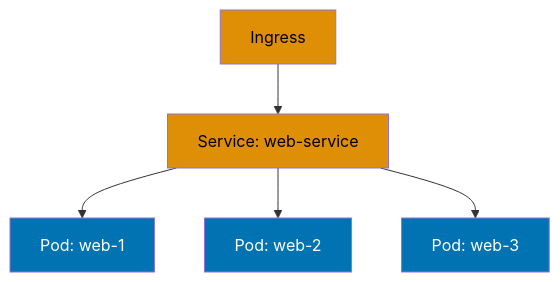
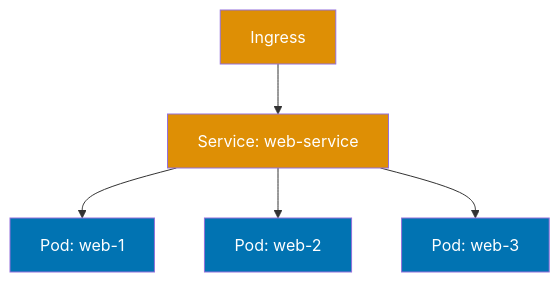
One commit to wahidyankf/open-sharia-enterprise changed the diagram in apps/ayokoding-web/content/en/learn/software-engineering/infrastructure/tools/kubernetes/by-example/overview.md. Above: the diagram before and after it, drawn with Mermaid. The commit also changed 61 other files, not shown here.

First line of the commit message:
fix(ayokoding-web): quote Mermaid node labels with special characters in Example 63

````diff
--- a/apps/ayokoding-web/content/en/learn/software-engineering/infrastructure/tools/kubernetes/by-example/overview.md
+++ b/apps/ayokoding-web/content/en/learn/software-engineering/infrastructure/tools/kubernetes/by-example/overview.md
@@ -411,14 +411,14 @@
 ```mermaid
 %% Diagram showing Ingress to Service to Pod traffic flow
 graph TD
     A[Ingress] --> B[Service: web-service]
     B --> C[Pod: web-1]
     B --> D[Pod: web-2]
     B --> E[Pod: web-3]
 
-    style A fill:#DE8F05,color:#000
-    style B fill:#DE8F05,color:#000
+    style A fill:#DE8F05,color:#fff
+    style B fill:#DE8F05,color:#fff
     style C fill:#0173B2,color:#fff
     style D fill:#0173B2,color:#fff
     style E fill:#0173B2,color:#fff
 ```
````
